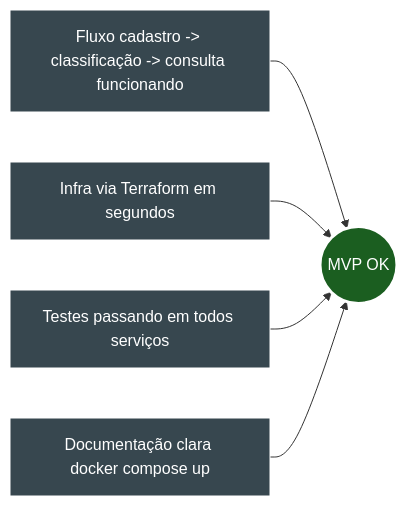
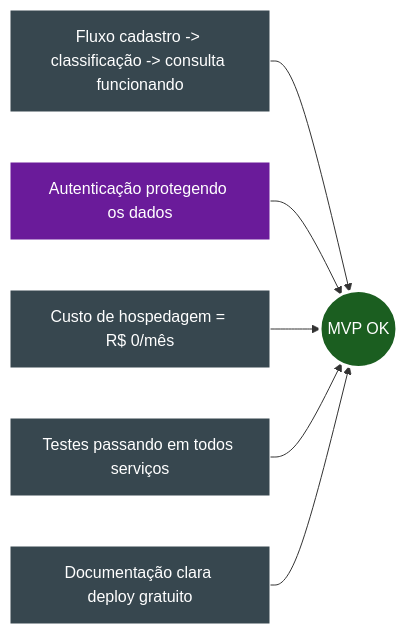
The second of 2 diagrams in docs/00-visao-geral.md (DessimA/tech-mind), drawn with Mermaid before and after one commit. The commit also changed other lines of this file and 115 other files, not shown here.

````diff
--- a/docs/00-visao-geral.md
+++ b/docs/00-visao-geral.md
@@ -64,13 +76,15 @@
 ```mermaid
 flowchart LR
     S1[Fluxo cadastro -> classificação -> consulta funcionando] --> OK((MVP OK))
-    S2[Infra via Terraform em segundos] --> OK
-    S3[Testes passando em todos serviços] --> OK
-    S4[Documentação clara docker compose up] --> OK
+    S2[Autenticação protegendo os dados] --> OK
+    S3[Custo de hospedagem = R$ 0/mês] --> OK
+    S4[Testes passando em todos serviços] --> OK
+    S5[Documentação clara deploy gratuito] --> OK
 
     style S1 fill:#37474F,color:#fff,stroke:#fff
-    style S2 fill:#37474F,color:#fff,stroke:#fff
+    style S2 fill:#6A1B9A,color:#fff,stroke:#fff
     style S3 fill:#37474F,color:#fff,stroke:#fff
     style S4 fill:#37474F,color:#fff,stroke:#fff
+    style S5 fill:#37474F,color:#fff,stroke:#fff
     style OK fill:#1B5E20,color:#fff,stroke:#fff,stroke-width:3px
 ```
````
